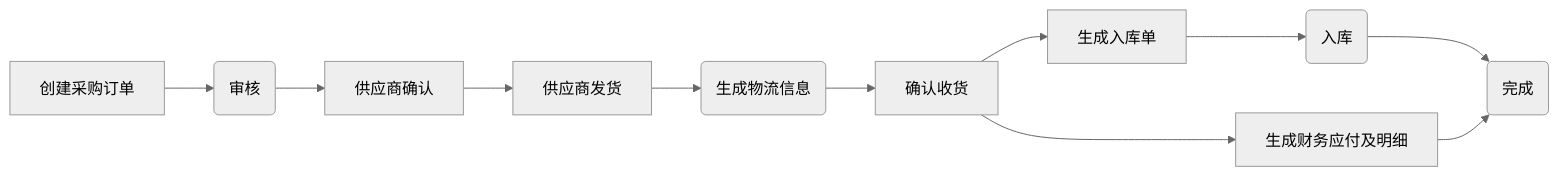
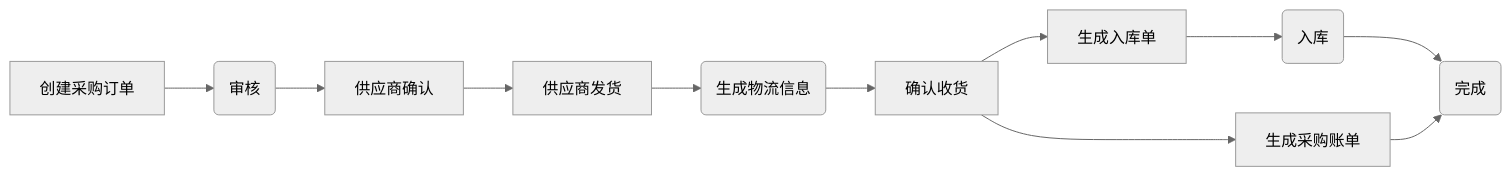
Before and after one commit to zeasin/qihangerp: the first of 6 diagrams in README.md, drawn with Mermaid (neutral theme). The commit also changed other lines of this file and 3 other files, not shown here.

````diff
--- a/README.md
+++ b/README.md
@@ -65,14 +74,14 @@
 ```mermaid
 graph LR
 A[创建采购订单] -->B(审核)
     B --> C[供应商确认]
     C --> E[供应商发货]
     E --> F1(生成物流信息)
     F1 --> G1[确认收货]
     G1 --> G3[生成入库单]
     G3 --> G4(入库)
-    G1 --> G2[生成财务应付及明细]
+    G1 --> G2[生成采购账单]
     G4 --> H(完成)
     G2 --> H
 
 ```
````
